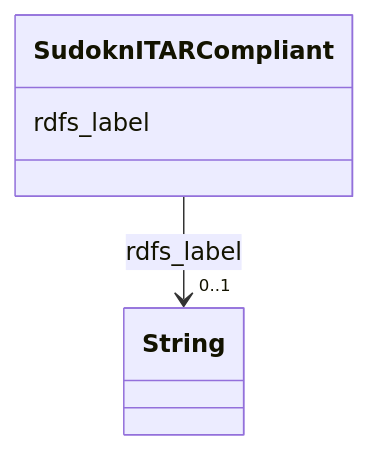
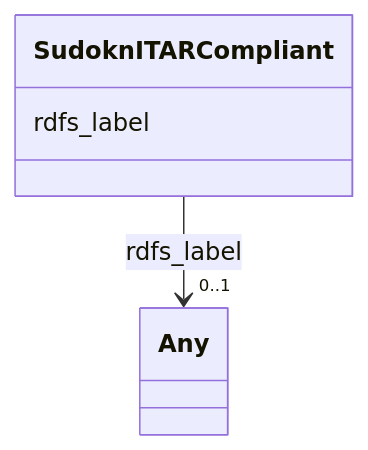
The diagram in sudokn-kg/classes/SudoknITARCompliant.md (frink-okn/graph-descriptions), drawn with Mermaid before and after one commit. The commit also changed other lines of this file and 903 other files, not shown here.

````diff
--- a/sudokn-kg/classes/SudoknITARCompliant.md
+++ b/sudokn-kg/classes/SudoknITARCompliant.md
@@ -23,15 +18,15 @@
 ```mermaid
  classDiagram
     class SudoknITARCompliant
     click SudoknITARCompliant href "../SudoknITARCompliant"
       SudoknITARCompliant : rdfs_label
         
           
     
     
-    SudoknITARCompliant --> "0..1" String : rdfs_label
-    click String href "../String"
+    SudoknITARCompliant --> "0..1" Any : rdfs_label
+    click Any href "../Any"
 
         
       
 ```
````
